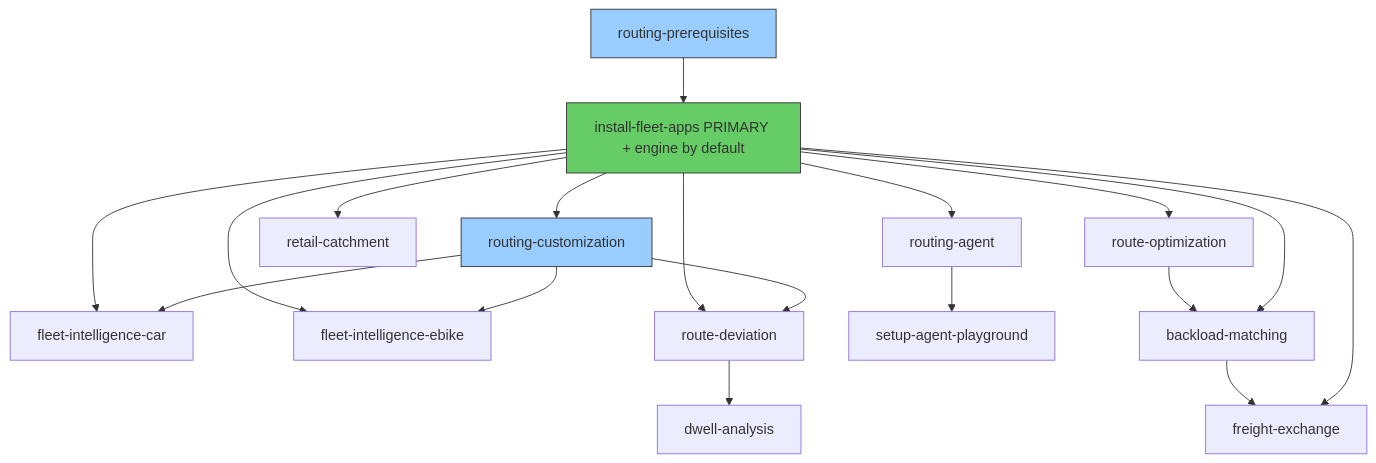
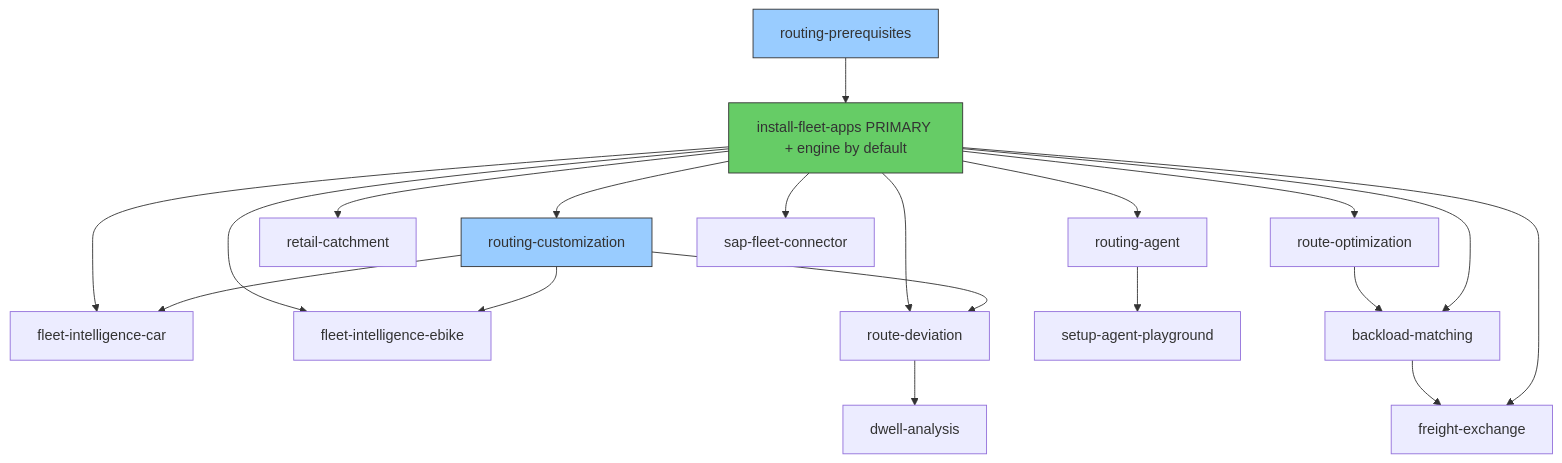
The diagram in AGENTS.md (Snowflake-Labs/sfguide-create-a-route-optimisation-and-vehicle-route-plan-simulator), drawn with Mermaid before and after one commit. The commit also changed other lines of this file and 13 other files, not shown here.

First line of the commit message:
feat(sap-fleet-connector): add public SAP->FLEET_APP semantic-binding skill

````diff
--- a/AGENTS.md
+++ b/AGENTS.md
@@ -328,24 +329,25 @@
 ```mermaid
 graph TD
     RP[routing-prerequisites] --> IFA[install-fleet-apps PRIMARY + engine by default]
     IFA --> RC[routing-customization]
     IFA --> RO[route-optimization]
     IFA --> FIT[fleet-intelligence-car]
     IFA --> FIFD[fleet-intelligence-ebike]
     IFA --> RET[retail-catchment]
     IFA --> RD[route-deviation]
     IFA --> RA[routing-agent]
     RA --> SAP[setup-agent-playground]
     RO --> BM[backload-matching]
     IFA --> BM
     BM --> FX[freight-exchange]
     IFA --> FX
     RC --> FIT
     RC --> FIFD
     RC --> RD
  RD --> DA[dwell-analysis]
+    IFA --> SFC[sap-fleet-connector]
 
  style IFA fill:#6c6,stroke:#333
  style RP fill:#9cf,stroke:#333
  style RC fill:#9cf,stroke:#333
 ```
````
